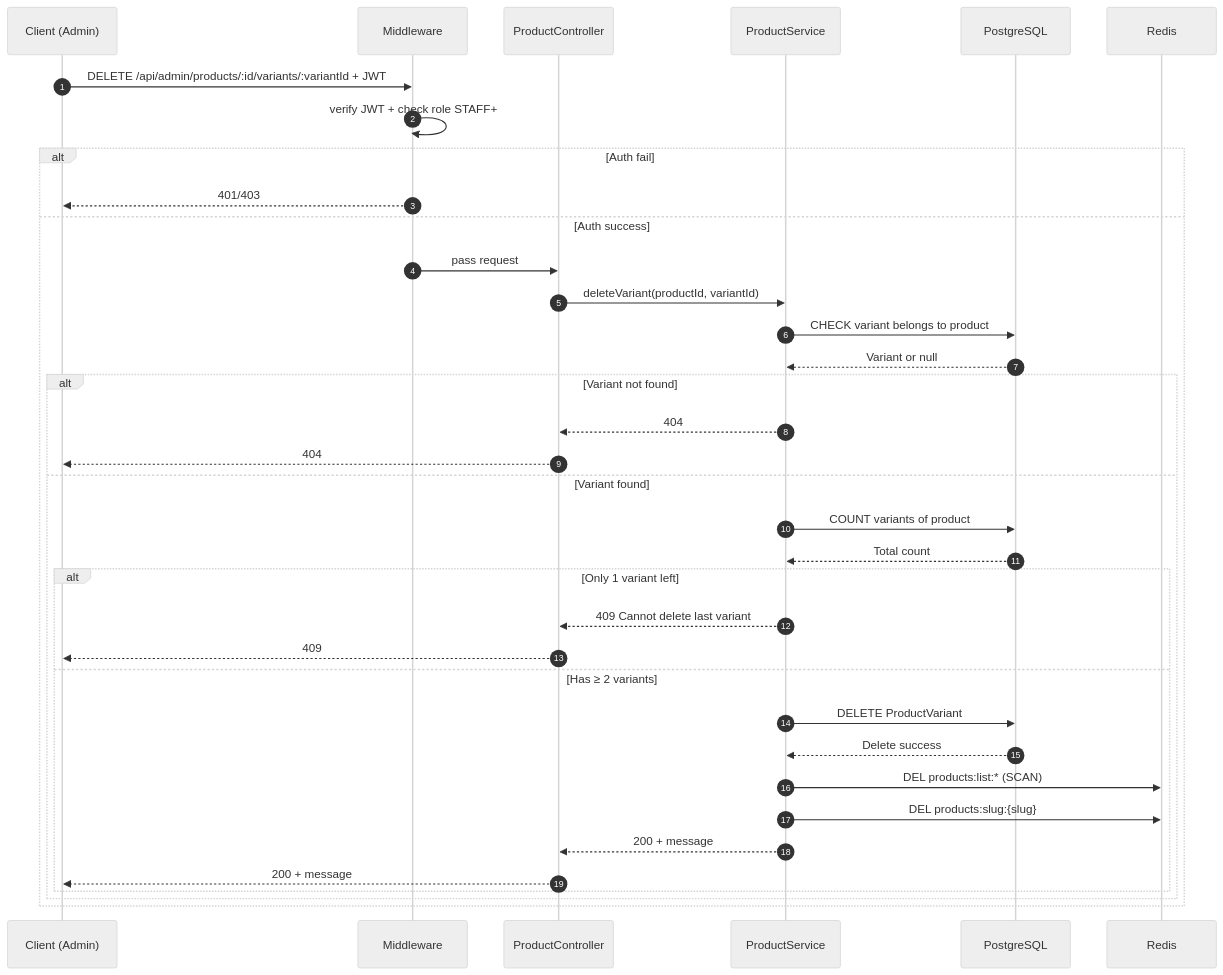
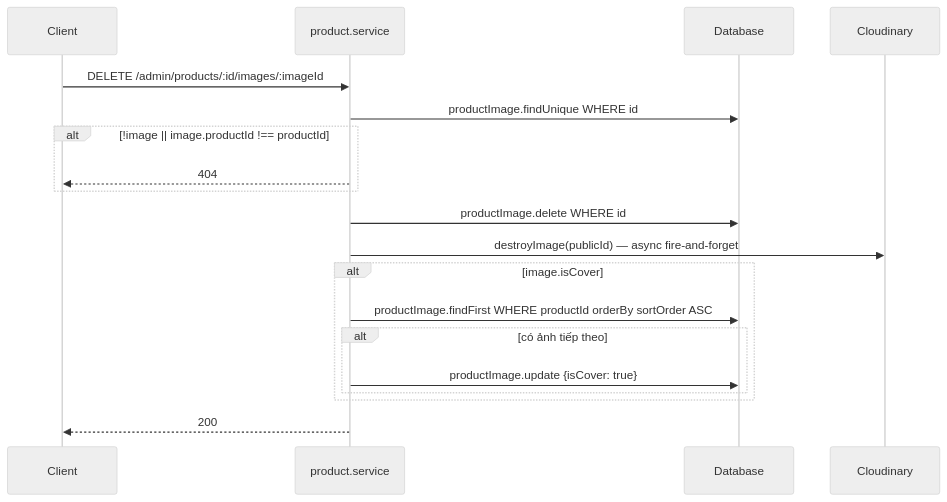
The fourth of 7 diagrams in docs/Product/SequenceDiagram.md (phamvinh203/mobivexa), drawn with Mermaid (neutral theme) before and after one commit. The commit also changed other lines of this file and 79 other files, not shown here.

Commit message:
📜 Add documentation for Inventory and Favorite modules including Use Cases, API Specifications, and Activity Diagrams

````diff
--- a/docs/Product/SequenceDiagram.md
+++ b/docs/Product/SequenceDiagram.md
@@ -283,39 +81,22 @@
 ```mermaid
 sequenceDiagram
-    autonumber
-    participant C as Client (Admin)
-    participant M as Middleware
-    participant API as ProductController
-    participant S as ProductService
-    participant DB as PostgreSQL
-    participant R as Redis
+    participant C as Client
+    participant S as product.service
+    participant DB as Database
+    participant CDN as Cloudinary
 
-    C->>M: DELETE /api/admin/products/:id/variants/:variantId + JWT
-    M->>M: verify JWT + check role STAFF+
-    alt Auth fail
-        M-->>C: 401/403
-    else Auth success
-        M->>API: pass request
-        API->>S: deleteVariant(productId, variantId)
-        S->>DB: CHECK variant belongs to product
-        DB-->>S: Variant or null
-        alt Variant not found
-            S-->>API: 404
-            API-->>C: 404
-        else Variant found
-            S->>DB: COUNT variants of product
-            DB-->>S: Total count
-            alt Only 1 variant left
-                S-->>API: 409 Cannot delete last variant
-                API-->>C: 409
-            else Has ≥ 2 variants
-                S->>DB: DELETE ProductVariant
-                DB-->>S: Delete success
-                S->>R: DEL products:list:* (SCAN)
-                S->>R: DEL products:slug:{slug}
-                S-->>API: 200 + message
-                API-->>C: 200 + message
-            end
+    C->>S: DELETE /admin/products/:id/images/:imageId
+    S->>DB: productImage.findUnique WHERE id
+    alt !image || image.productId !== productId
+        S-->>C: 404
+    end
+    S->>DB: productImage.delete WHERE id
+    S->>CDN: destroyImage(publicId) — async fire-and-forget
+    alt image.isCover
+        S->>DB: productImage.findFirst WHERE productId orderBy sortOrder ASC
+        alt có ảnh tiếp theo
+            S->>DB: productImage.update {isCover: true}
         end
     end
+    S-->>C: 200
 ```
````
